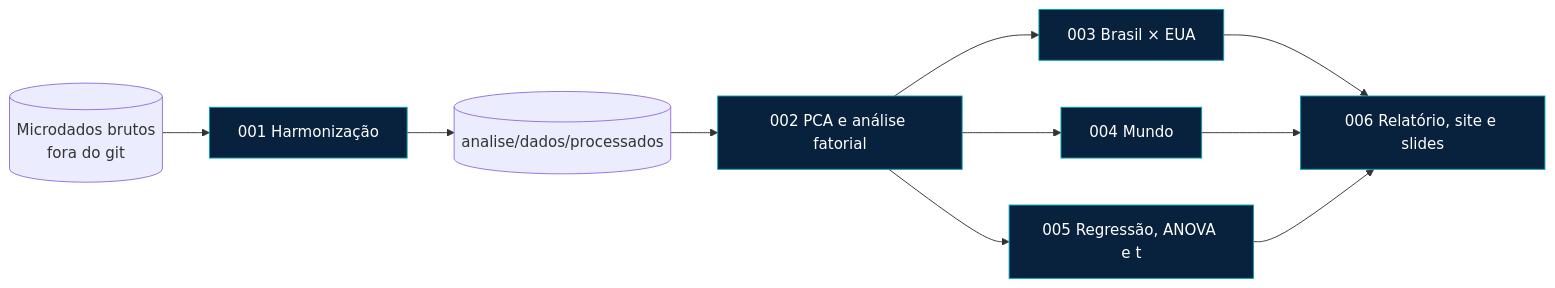
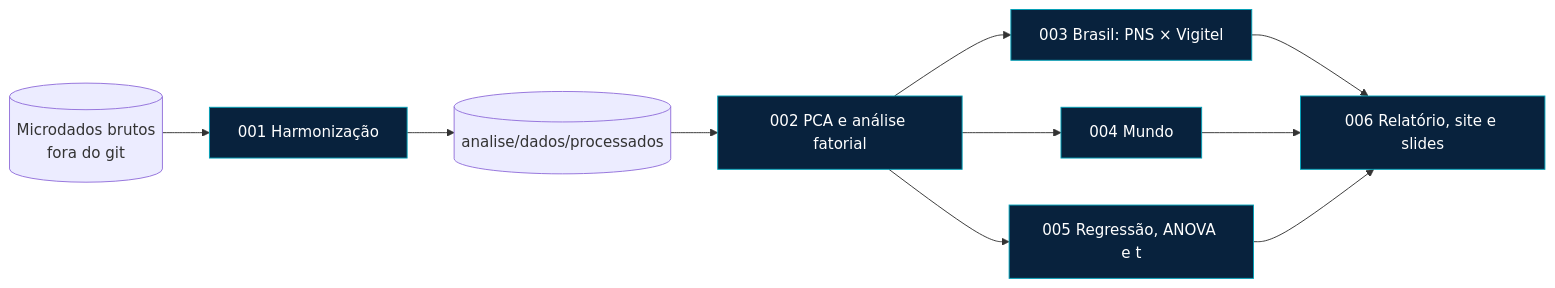
Before and after one commit to otavio44585/Estatistica-4: the diagram in README.md, drawn with Mermaid. The commit also changed other lines of this file and 186 other files, not shown here.

````diff
--- a/README.md
+++ b/README.md
@@ -105,14 +109,14 @@
 ```mermaid
 flowchart LR
   B[("Microdados brutos<br/>fora do git")] --> S1["001 Harmonização"]
   S1 --> P[("analise/dados/processados")]
   P --> S2["002 PCA e análise fatorial"]
-  S2 --> S3["003 Brasil × EUA"]
+  S2 --> S3["003 Brasil: PNS × Vigitel"]
   S2 --> S4["004 Mundo"]
   S2 --> S5["005 Regressão, ANOVA e t"]
   S3 --> S6["006 Relatório, site e slides"]
   S4 --> S6
   S5 --> S6
   classDef eseg fill:#08223D,color:#FFFFFF,stroke:#00A1B8
   class S1,S2,S3,S4,S5,S6 eseg
 ```
````
